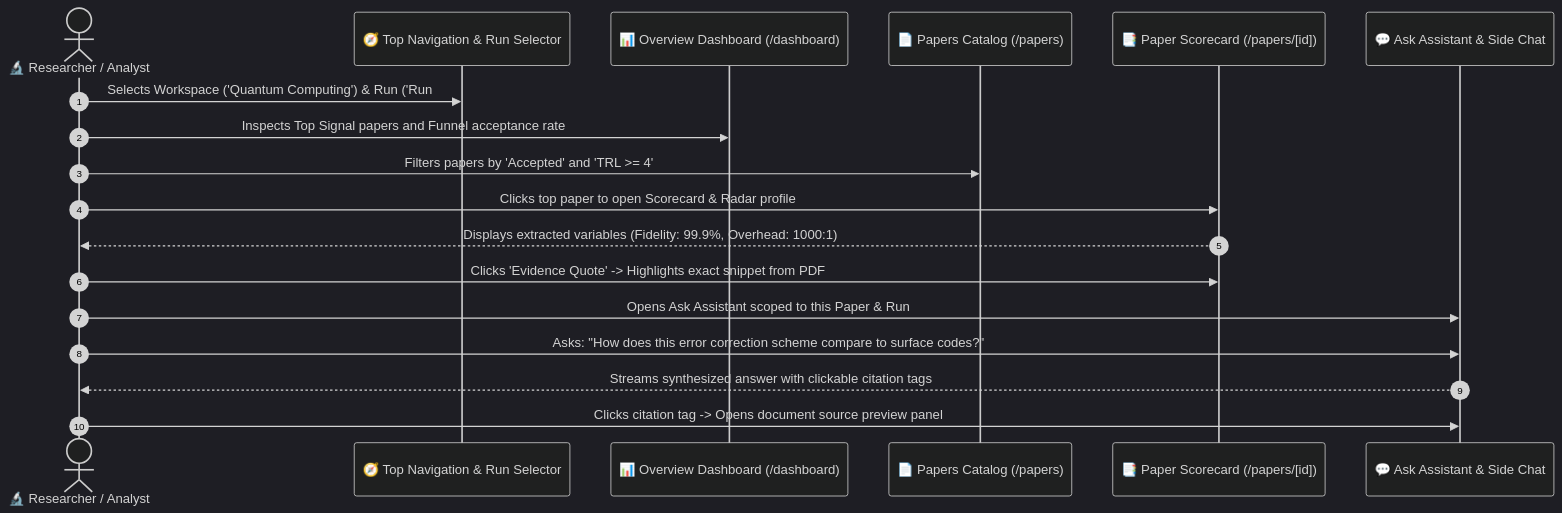
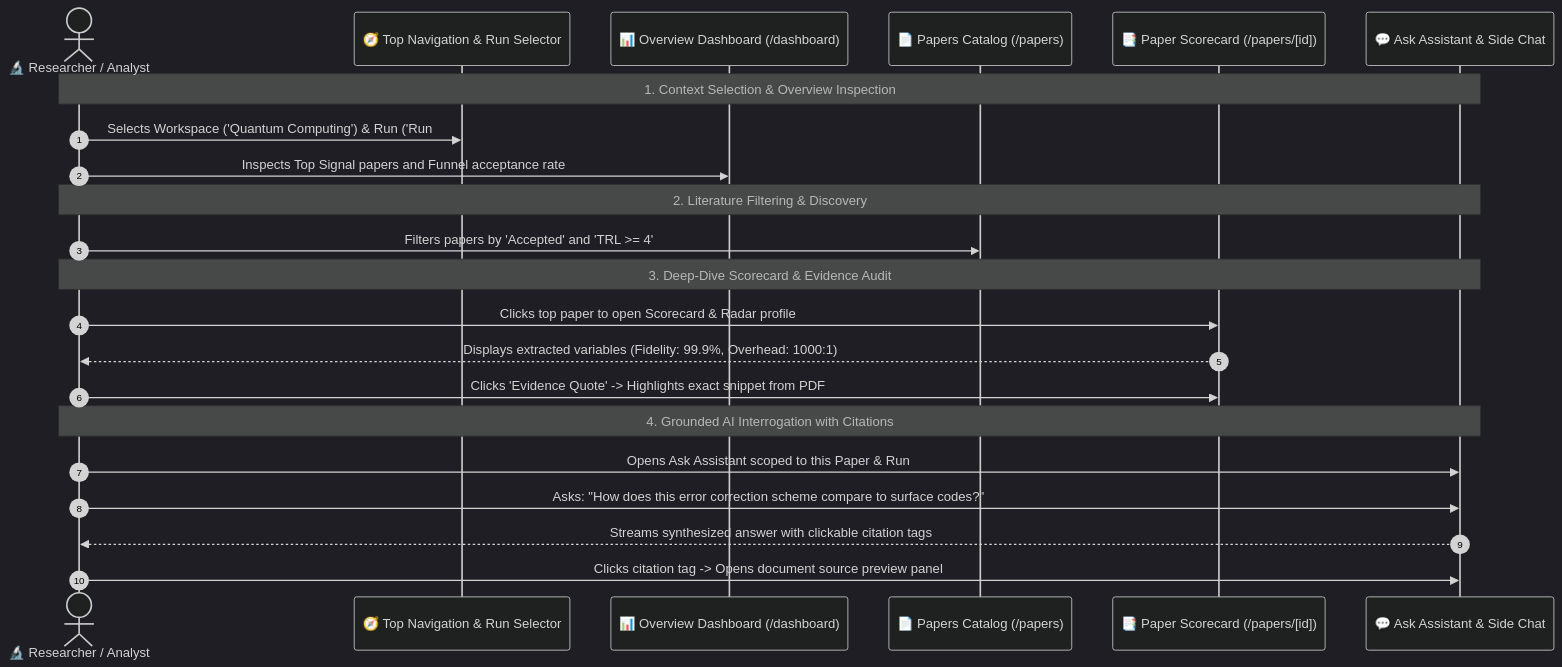
Before and after one commit to p4ku/research-intelligence: the third of 5 diagrams in docs/user_journeys/stage_2_user_journeys.md, drawn with Mermaid (dark theme). The commit also changed other lines of this file, not shown here.

Commit message:
docs: add phase note banners across all Mermaid sequence diagrams for clear visual stage grouping

````diff
--- a/docs/user_journeys/stage_2_user_journeys.md
+++ b/docs/user_journeys/stage_2_user_journeys.md
@@ -181,21 +195,28 @@
 ```mermaid
 sequenceDiagram
     autonumber
     actor Res as 🔬 Researcher / Analyst
     participant TopBar as 🧭 Top Navigation & Run Selector
     participant Overview as 📊 Overview Dashboard (/dashboard)
     participant PapersUI as 📄 Papers Catalog (/papers)
     participant DetailUI as 📑 Paper Scorecard (/papers/[id])
     participant AskUI as 💬 Ask Assistant & Side Chat
 
+    Note over Res,AskUI: 1. Context Selection & Overview Inspection
     Res->>TopBar: Selects Workspace ('Quantum Computing') & Run ('Run #14')
     Res->>Overview: Inspects Top Signal papers and Funnel acceptance rate
+
+    Note over Res,AskUI: 2. Literature Filtering & Discovery
     Res->>PapersUI: Filters papers by 'Accepted' and 'TRL >= 4'
+
+    Note over Res,AskUI: 3. Deep-Dive Scorecard & Evidence Audit
     Res->>DetailUI: Clicks top paper to open Scorecard & Radar profile
     DetailUI-->>Res: Displays extracted variables (Fidelity: 99.9%, Overhead: 1000:1)
     Res->>DetailUI: Clicks 'Evidence Quote' -> Highlights exact snippet from PDF
+
+    Note over Res,AskUI: 4. Grounded AI Interrogation with Citations
     Res->>AskUI: Opens Ask Assistant scoped to this Paper & Run
     Res->>AskUI: Asks: "How does this error correction scheme compare to surface codes?"
     AskUI-->>Res: Streams synthesized answer with clickable citation tags
     Res->>AskUI: Clicks citation tag -> Opens document source preview panel
 ```
````
